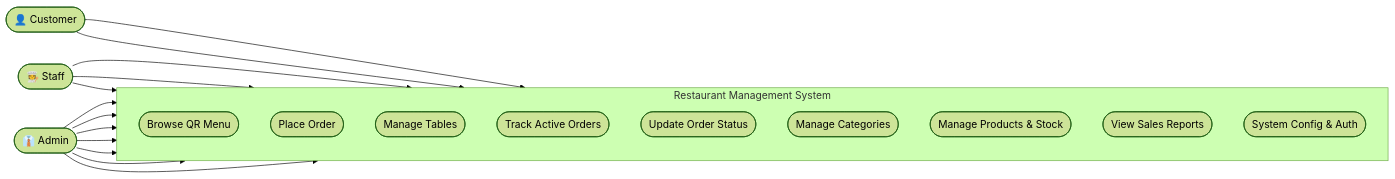
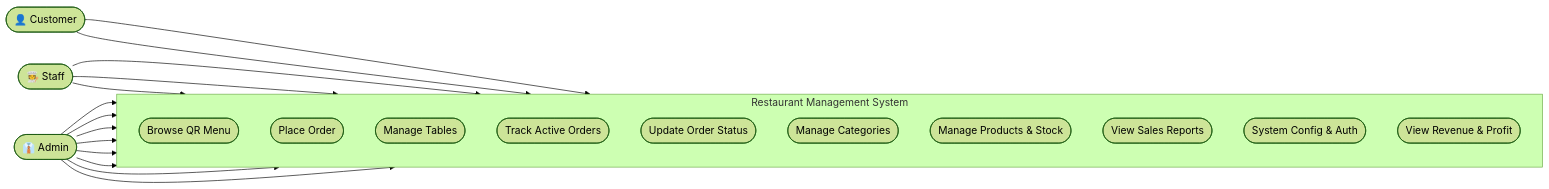
Before and after one commit to user7121/Restaurant-Management-System: the diagram in docs/UML_UseCase_Diagram.md, drawn with Mermaid (forest theme). The commit also changed 5 other files, not shown here.

First line of the commit message:
feat: add Revenue & Profit metrics page with dashboard enhancements

````diff
--- a/docs/UML_UseCase_Diagram.md
+++ b/docs/UML_UseCase_Diagram.md
@@ -3,43 +3,45 @@
 ```mermaid
 flowchart LR
     %% Actors
     Customer(["👤 Customer"])
     Staff(["🧑‍🍳 Staff"])
     Admin(["👔 Admin"])
 
     %% System Boundary
     subgraph RMS ["Restaurant Management System"]
         direction TB
         
         %% Customer Use Cases
         UC1(["Browse QR Menu"])
         UC2(["Place Order"])
         
         %% Staff Use Cases
         UC3(["Manage Tables"])
         UC4(["Track Active Orders"])
         UC5(["Update Order Status"])
         
         %% Admin Use Cases
         UC6(["Manage Categories"])
         UC7(["Manage Products & Stock"])
         UC8(["View Sales Reports"])
         UC9(["System Config & Auth"])
+        UC10(["View Revenue & Profit"])
     end
 
     %% Relationships
     Customer --> UC1
     Customer --> UC2
 
     Staff --> UC3
     Staff --> UC4
     Staff --> UC5
 
     Admin --> UC3
     Admin --> UC4
     Admin --> UC5
     Admin --> UC6
     Admin --> UC7
     Admin --> UC8
     Admin --> UC9
+    Admin --> UC10
 ```
````
